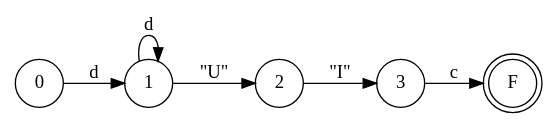
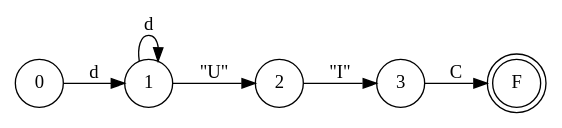
Before and after one commit to iroumec/RouVel-Compiler: the diagram in resources/FA/FADiagrams/uint.dot, drawn with Graphviz. The commit also changed 12 other files, not shown here.

```diff
--- a/resources/FA/FADiagrams/uint.dot
+++ b/resources/FA/FADiagrams/uint.dot
@@ -1,17 +1,16 @@
 digraph DFA {
     rankdir = LR;
     // layout de izquierda a derecha
     
     // Estados normales.
     node [shape = circle;];
     
     // Estado de aceptación.
     F [shape = doublecircle;];
     
-    
     0 -> 1 [label = "d";];
     1 -> 1 [label = "d";];
     1 -> 2 [label = "\"U\"";];
     2 -> 3 [label = "\"I\"";];
-    3 -> F [label = "c";];
+    3 -> F [label = "C";];
 }
```
